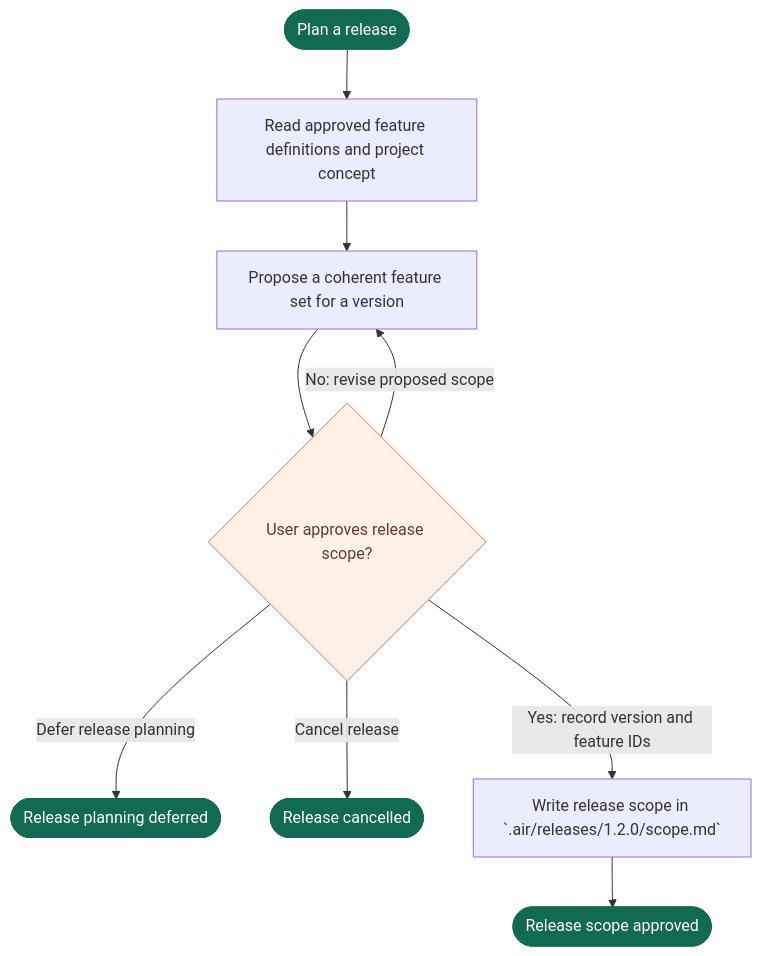
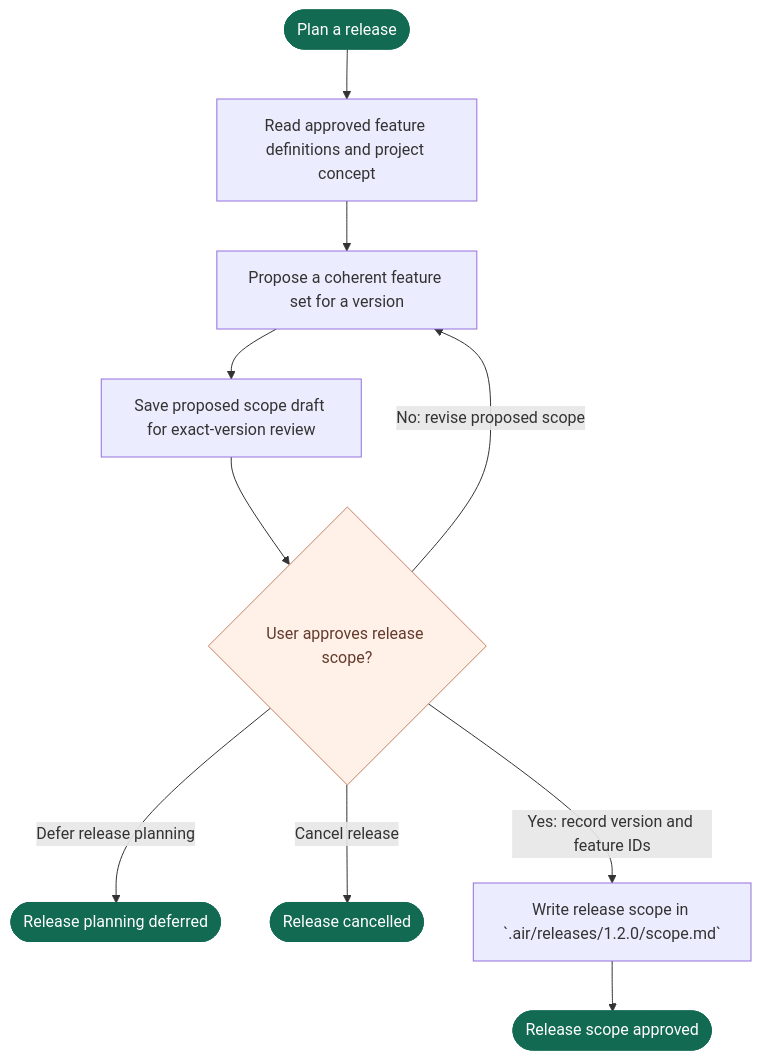
Before and after one commit to vanlangenlabs/vanlangenlabs-site: the diagram in docs/airflow/flows/release-planning.mmd, drawn with Mermaid. The commit also changed 12 other files, not shown here.

```diff
--- a/docs/airflow/flows/release-planning.mmd
+++ b/docs/airflow/flows/release-planning.mmd
@@ -1,25 +1,26 @@
 flowchart TD
     start([Plan a release]) --> readBacklog[Read approved feature definitions and project concept]
 %% @airflow-context readBacklog
 %% Read only the approved backlog records relevant to release planning. Propose
 %% a coherent set based on project goals, dependencies, priority and capacity;
 %% do not treat issue order or tracker status alone as user approval.
 %% @end-airflow-context
     readBacklog --> propose[Propose a coherent feature set for a version]
-    propose --> scopeApproval{User approves release scope?}
+    propose --> draft[Save proposed scope draft for exact-version review]
+    draft --> scopeApproval{User approves release scope?}
     scopeApproval -- No: revise proposed scope --> propose
     scopeApproval -- Defer release planning --> planningDeferred([Release planning deferred])
     scopeApproval -- Cancel release --> releaseCancelled([Release cancelled])
     scopeApproval -- Yes: record version and feature IDs --> scope[Write release scope in `.air/releases/1.2.0/scope.md`]
     scope --> scopeReady([Release scope approved])
 %% @airflow-context scopeApproval
 %% The human approves the exact version, included feature IDs, exclusions and
 %% release goals. Bind the decision to the scope file digest. A changed set needs
 %% a new scope approval; deferred planning leaves features in the backlog.
 %% Record approval evidence in `.air/index.md` using the contract.
 %% @end-airflow-context
 
     classDef boundary fill:#126a52,color:#ffffff,stroke:#126a52
     class start,scopeReady,planningDeferred,releaseCancelled boundary
     classDef approval fill:#fff0e8,color:#633b2c,stroke:#c68162
     class scopeApproval approval
```
